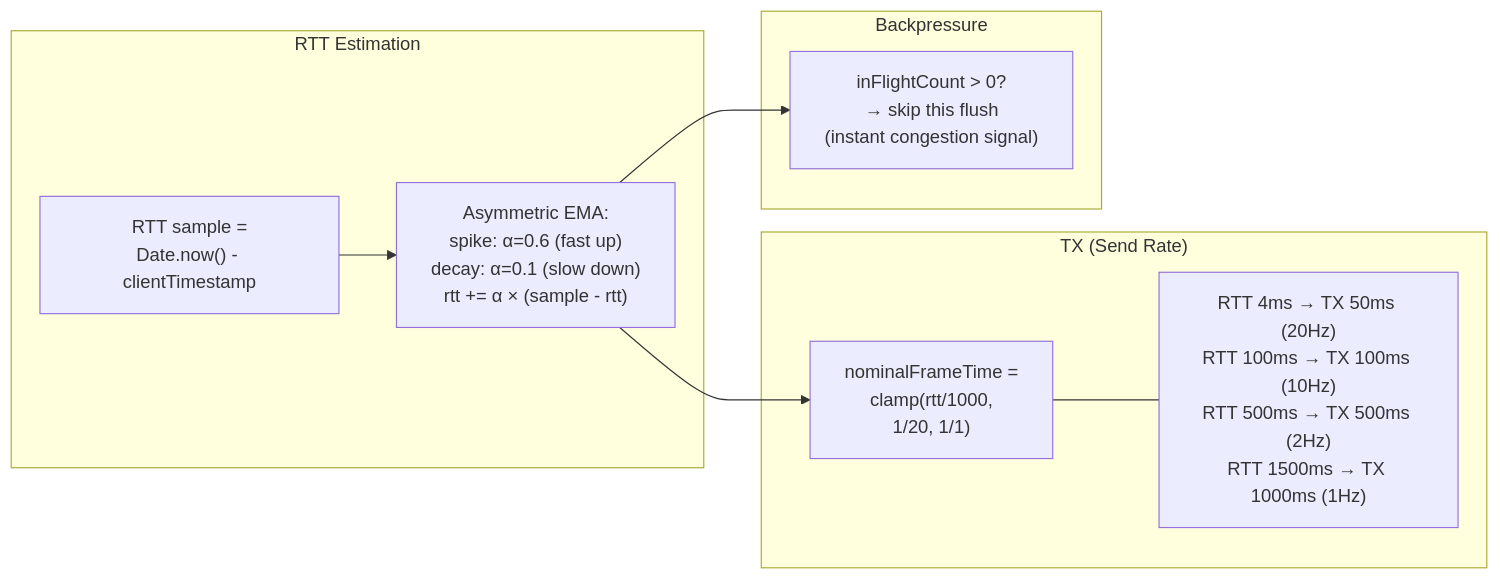
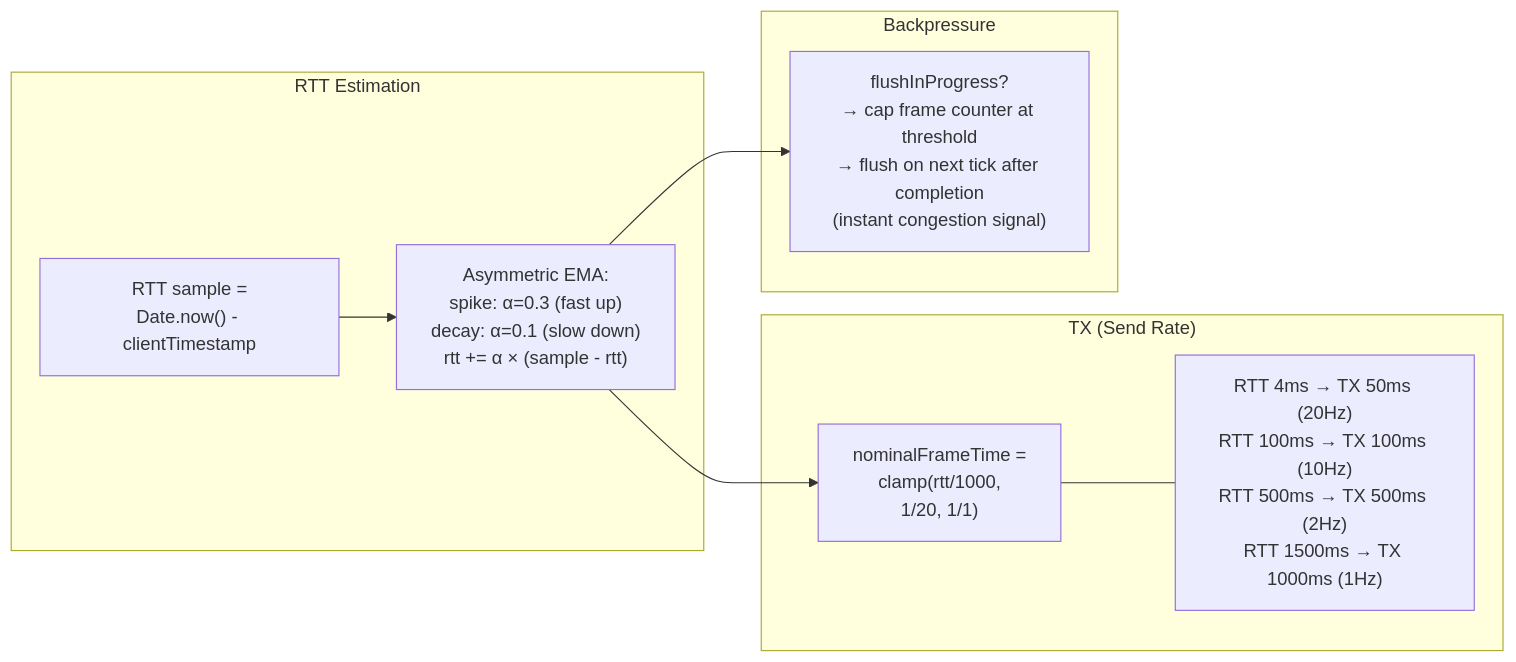
Diagram 21 of 25 in ARCHITECTURE.md (badvoidstar/asteroids), drawn with Mermaid before and after one commit. The commit also changed 2 other files, not shown here.

Commit message:
Decouple TX rate from RTT measurement: fix tick quantization and capture response timestamp immediately
- tick(): don't reset frameCounter when flushInProgress; cap at threshold so
  next tick after completion triggers a flush immediately. Prevents effective
  send rate from halving when RTT ≈ nominalFrameTime.
- flushUpdates(): capture Date.now() right after await returns (before
  processing versions/sequences) so RTT samples exclude client-side overhead.
- recordPacketArrival(): accept optional responseTimestamp parameter.
- ARCHITECTURE.md: fix EMA alphaUp (0.3 not 0.6), update backpressure docs.

````diff
--- a/ARCHITECTURE.md
+++ b/ARCHITECTURE.md
@@ -526,21 +526,21 @@
 ```mermaid
 flowchart LR
     subgraph "RTT Estimation"
         SAMPLE["RTT sample =<br/>Date.now() - clientTimestamp"]
-        EMA["Asymmetric EMA:<br/>spike: α=0.6 (fast up)<br/>decay: α=0.1 (slow down)<br/>rtt += α × (sample - rtt)"]
+        EMA["Asymmetric EMA:<br/>spike: α=0.3 (fast up)<br/>decay: α=0.1 (slow down)<br/>rtt += α × (sample - rtt)"]
         SAMPLE --> EMA
     end
 
     subgraph "TX (Send Rate)"
         FORMULA["nominalFrameTime =<br/>clamp(rtt/1000,<br/>1/20, 1/1)"]
         TABLE["RTT 4ms → TX 50ms (20Hz)<br/>RTT 100ms → TX 100ms (10Hz)<br/>RTT 500ms → TX 500ms (2Hz)<br/>RTT 1500ms → TX 1000ms (1Hz)"]
         FORMULA --- TABLE
     end
 
     subgraph "Backpressure"
-        BP["inFlightCount > 0?<br/>→ skip this flush<br/>(instant congestion signal)"]
+        BP["flushInProgress?<br/>→ cap frame counter at threshold<br/>→ flush on next tick after completion<br/>(instant congestion signal)"]
     end
 
     EMA --> FORMULA
     EMA --> BP
 ```
````
